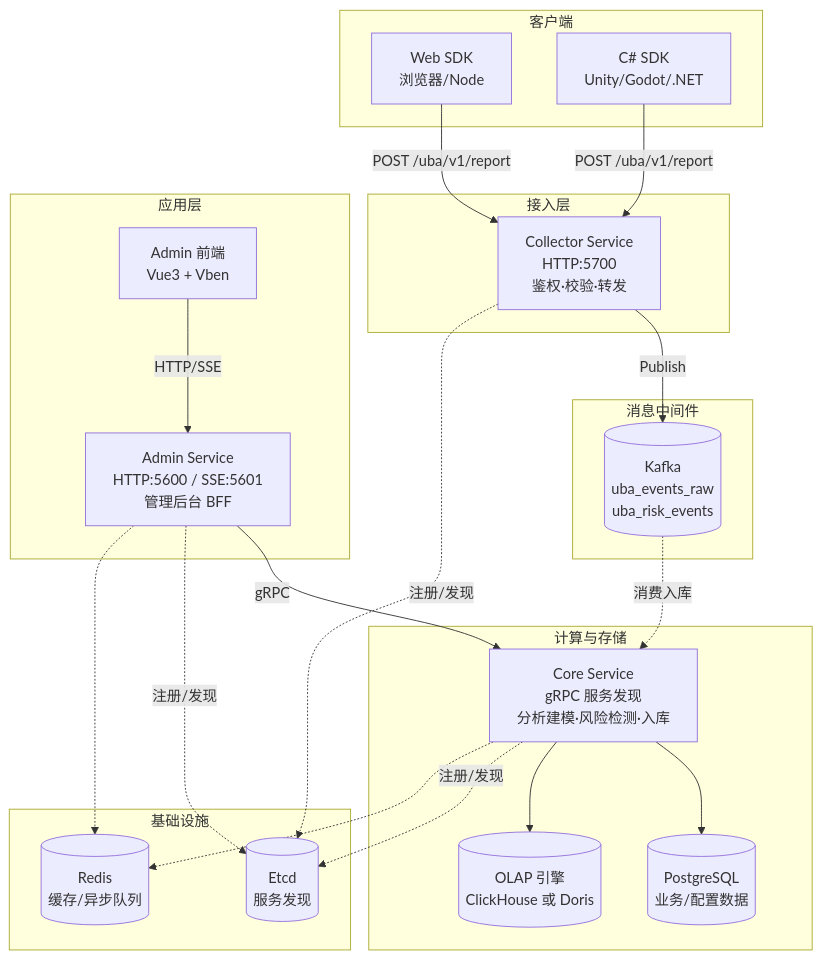
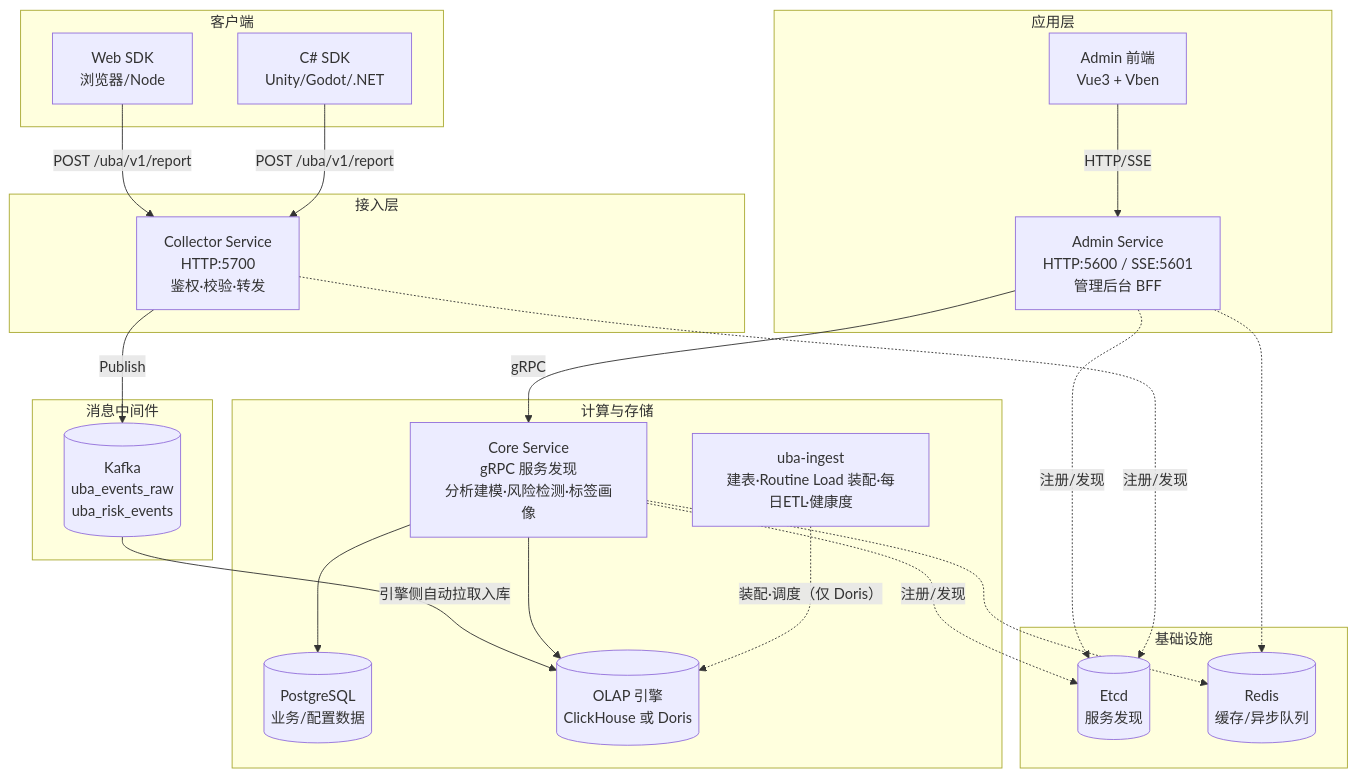
The diagram in docs/architecture.md (tx7do/go-wind-uba), drawn with Mermaid before and after one commit. The commit also changed other lines of this file and 12 other files, not shown here.

First line of the commit message:
docs: 三语 README 与各级文档补齐入仓链路（Routine Load / uba-ingest）

````diff
--- a/docs/architecture.md
+++ b/docs/architecture.md
@@ -11,45 +11,47 @@
 ```mermaid
 graph TB
     subgraph 客户端
         WebSDK["Web SDK<br/>浏览器/Node"]
         CSSDK["C# SDK<br/>Unity/Godot/.NET"]
     end
 
     subgraph 接入层
         Collector["Collector Service<br/>HTTP:5700<br/>鉴权·校验·转发"]
     end
 
     subgraph 消息中间件
         Kafka[("Kafka<br/>uba_events_raw<br/>uba_risk_events")]
     end
 
     subgraph 计算与存储
-        Core["Core Service<br/>gRPC 服务发现<br/>分析建模·风险检测·入库"]
+        Core["Core Service<br/>gRPC 服务发现<br/>分析建模·风险检测·标签画像"]
+        Ingest["uba-ingest<br/>建表·Routine Load 装配·每日ETL·健康度"]
         PG[("PostgreSQL<br/>业务/配置数据")]
         OLAP[("OLAP 引擎<br/>ClickHouse 或 Doris")]
     end
 
     subgraph 应用层
         Admin["Admin Service<br/>HTTP:5600 / SSE:5601<br/>管理后台 BFF"]
         Frontend["Admin 前端<br/>Vue3 + Vben"]
     end
 
     subgraph 基础设施
         Etcd[(Etcd<br/>服务发现)]
         Redis[(Redis<br/>缓存/异步队列)]
     end
 
     WebSDK -->|"POST /uba/v1/report"| Collector
     CSSDK -->|"POST /uba/v1/report"| Collector
     Collector -->|"Publish"| Kafka
-    Kafka -.->|"消费入库"| Core
+    Kafka -->|"引擎侧自动拉取入库"| OLAP
     Core --> PG
     Core --> OLAP
+    Ingest -.->|"装配·调度（仅 Doris）"| OLAP
     Frontend -->|"HTTP/SSE"| Admin
     Admin -->|"gRPC"| Core
     Core -.->|"注册/发现"| Etcd
     Admin -.->|"注册/发现"| Etcd
     Collector -.->|"注册/发现"| Etcd
     Core -.-> Redis
     Admin -.-> Redis
 ```
````
